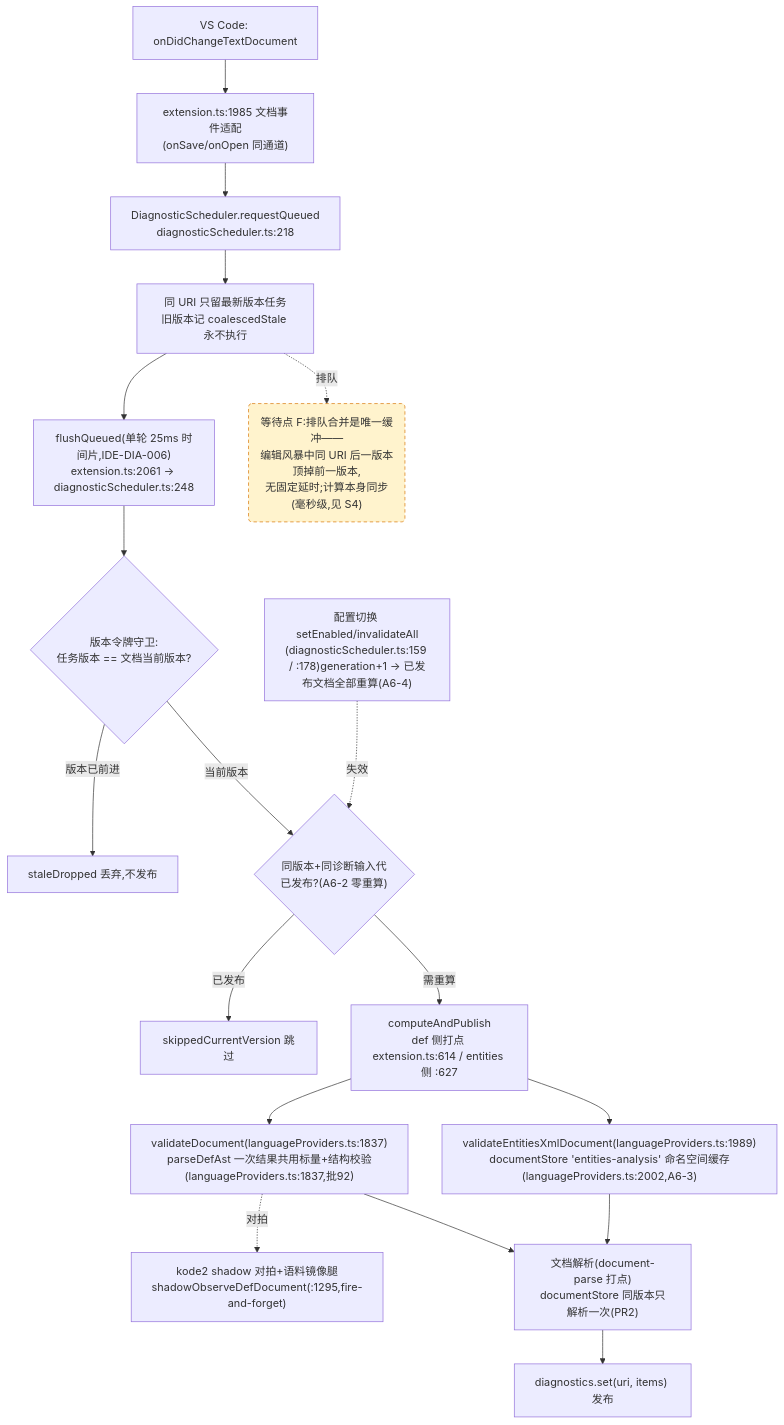
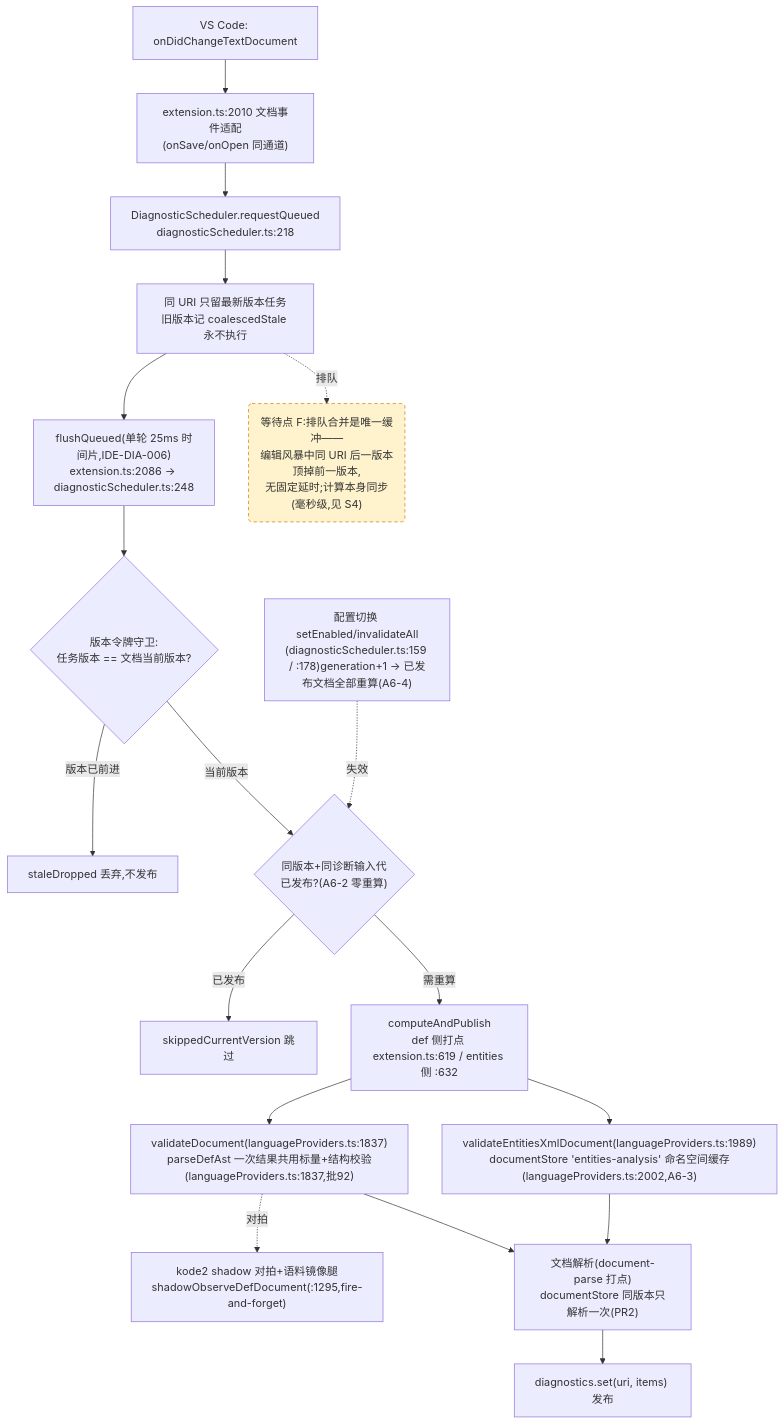
The fourth of 4 diagrams in docs/perf/2026-baseline.md (cuihairu/kode), drawn with Mermaid before and after one commit. The commit also changed other lines of this file and 12 other files, not shown here.

````diff
--- a/docs/perf/2026-baseline.md
+++ b/docs/perf/2026-baseline.md
@@ -214,38 +214,38 @@
 ```mermaid
 flowchart TD
   CHG["VS Code: onDidChangeTextDocument"]
-  WATCH["extension.ts:1985 文档事件适配<br/>(onSave/onOpen 同通道)"]
+  WATCH["extension.ts:2010 文档事件适配<br/>(onSave/onOpen 同通道)"]
   RQ["DiagnosticScheduler.requestQueued<br/>diagnosticScheduler.ts:218"]
   CO["同 URI 只留最新版本任务<br/>旧版本记 coalescedStale 永不执行"]
-  FL["flushQueued(单轮 25ms 时间片,IDE-DIA-006)<br/>extension.ts:2061 → diagnosticScheduler.ts:248"]
+  FL["flushQueued(单轮 25ms 时间片,IDE-DIA-006)<br/>extension.ts:2086 → diagnosticScheduler.ts:248"]
   VG{"版本令牌守卫:<br/>任务版本 == 文档当前版本?"}
   DROP["staleDropped 丢弃,不发布"]
   GEN{"同版本+同诊断输入代<br/>已发布?(A6-2 零重算)"}
   SKIP["skippedCurrentVersion 跳过"]
-  CALC["computeAndPublish<br/>def 侧打点 extension.ts:614 / entities 侧 :627"]
+  CALC["computeAndPublish<br/>def 侧打点 extension.ts:619 / entities 侧 :632"]
   VD["validateDocument(languageProviders.ts:1837)<br/>parseDefAst 一次结果共用标量+结构校验(languageProviders.ts:1837,批92)"]
   VEX["validateEntitiesXmlDocument(languageProviders.ts:1989)<br/>documentStore 'entities-analysis' 命名空间缓存(languageProviders.ts:2002,A6-3)"]
   SHDD["kode2 shadow 对拍+语料镜像腿<br/>shadowObserveDefDocument(:1295,fire-and-forget)"]
   DS["文档解析(document-parse 打点)<br/>documentStore 同版本只解析一次(PR2)"]
   PUB["diagnostics.set(uri, items) 发布"]
   CFG2["配置切换 setEnabled/invalidateAll<br/>(diagnosticScheduler.ts:159 / :178)generation+1 → 已发布文档全部重算(A6-4)"]
 
   CHG --> WATCH --> RQ --> CO --> FL --> VG
   VG -- "版本已前进" --> DROP
   VG -- "当前版本" --> GEN
   GEN -- "已发布" --> SKIP
   GEN -- "需重算" --> CALC
   CALC --> VD
   CALC --> VEX
   VD --> DS
   VEX --> DS
   DS --> PUB
   VD -.->|对拍| SHDD
   CFG2 -.->|失效| GEN
 
   WAITF("等待点 F:排队合并是唯一缓冲——<br/>编辑风暴中同 URI 后一版本顶掉前一版本,<br/>无固定延时;计算本身同步(毫秒级,见 S4)")
   CO -.->|排队| WAITF
 
   classDef waitPoint fill:#fff3cd,stroke:#d97706,stroke-dasharray:5 4;
   class WAITF waitPoint;
 ```
````
